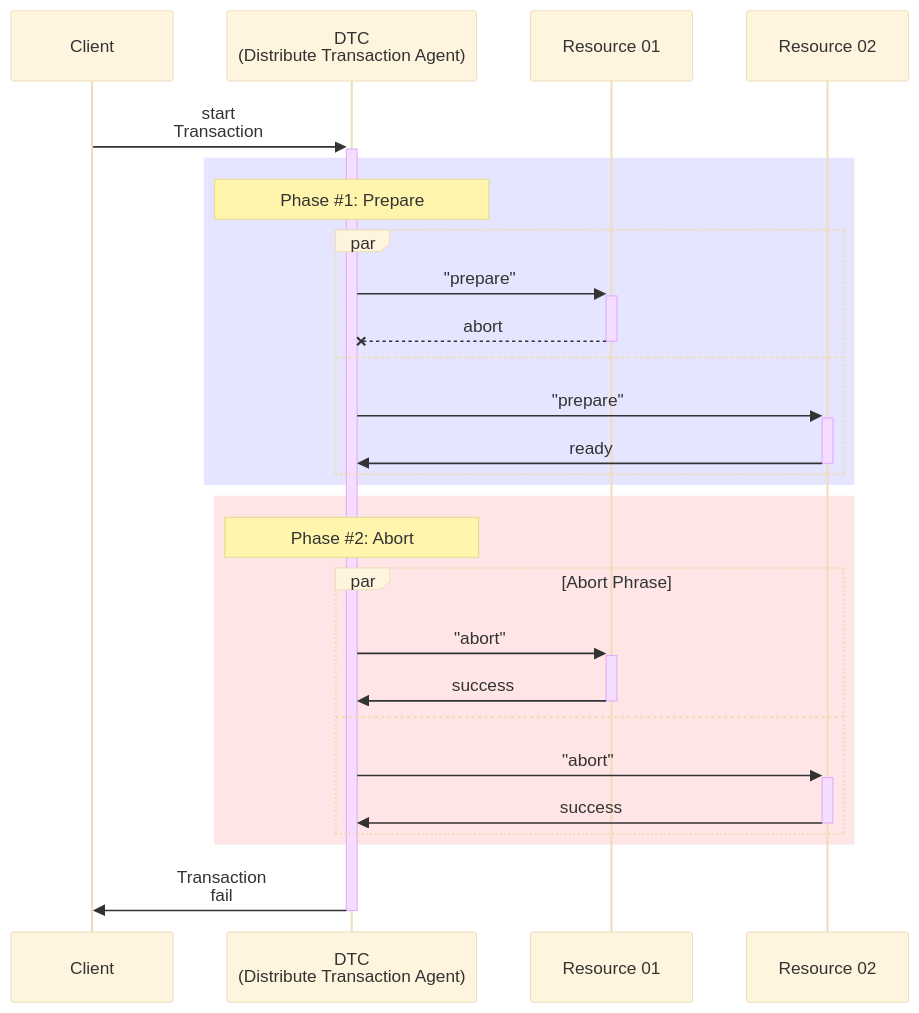
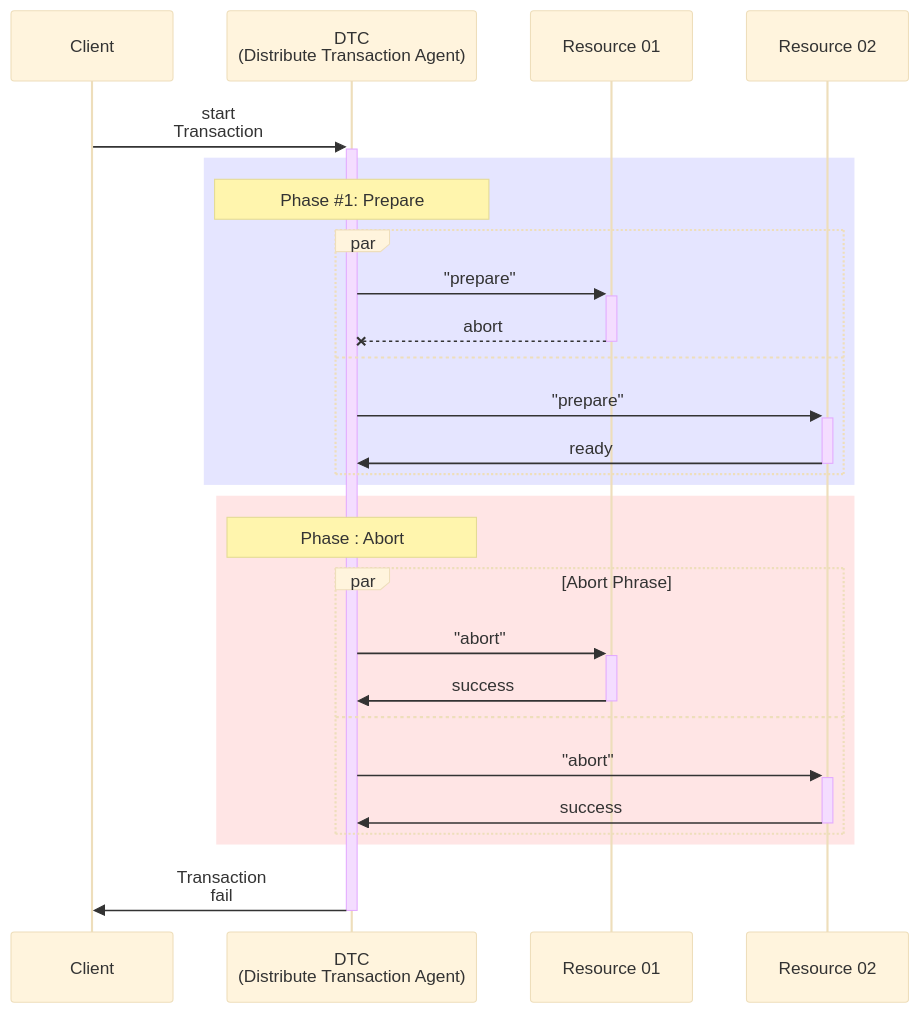
The second of 3 diagrams in articles/day22/20221007.md (windperson/2022ithome_30days), drawn with Mermaid (base theme) before and after one commit. The commit also changed other lines of this file, not shown here.

Commit message:
fix diagram notes

````diff
--- a/articles/day22/20221007.md
+++ b/articles/day22/20221007.md
@@ -56,29 +56,29 @@
 ```mermaid
 sequenceDiagram
     participant c as Client
     participant dta as DTC<br/>(Distribute Transaction Agent)
     participant r1 as Resource 01
     participant r2 as Resource 02
     c ->>+dta: start<br/>Transaction
     rect rgba(0, 0, 255, .1)
     Note over dta: Phase #35;1#58; Prepare
     par 
         dta ->>+r1: "prepare"
         r1 --X-dta: abort
     and
         dta ->>+r2: "prepare"
         r2 ->>-dta: ready
     end
     end
     rect rgba(255, 0, 0, .1)
-    Note over dta: Phase #35;2#58; Abort
+    Note over dta: Phase #58; Abort
     par Abort Phrase
         dta ->>+r1: "abort"
         r1 ->>-dta: success
     and
         dta ->>+r2: "abort"
         r2 ->>-dta: success
     end  
     end
     dta ->>-c: Transaction<br/>fail 
 ```
````
